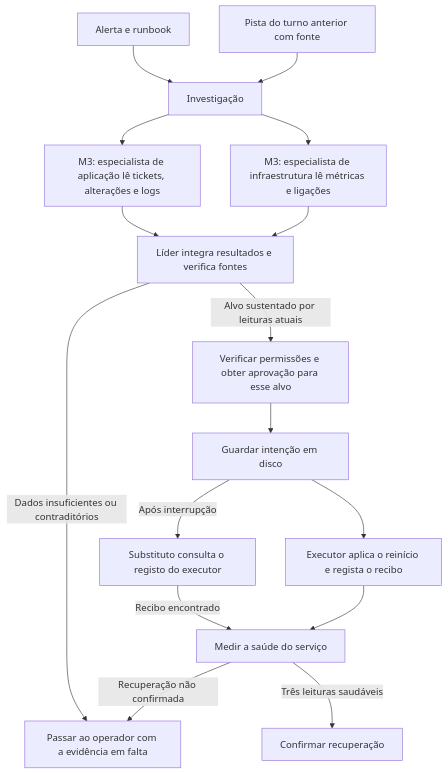
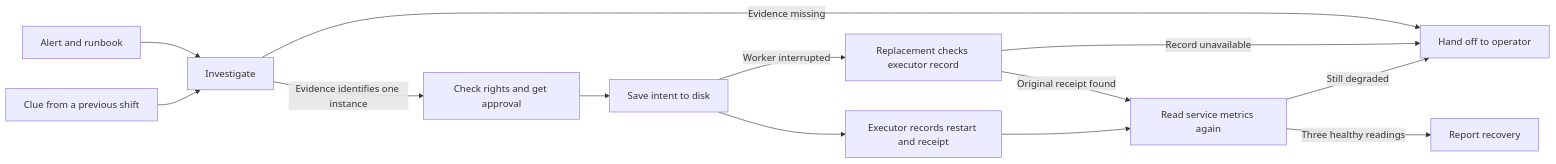
Before and after one commit to jpboliv/meridian-project: the diagram in README.md, drawn with Mermaid. The commit also changed other lines of this file and 5 other files, not shown here.

````diff
--- a/README.md
+++ b/README.md
@@ -35,18 +18,15 @@
 ```mermaid
-flowchart TD
-    A[Alerta e runbook] --> I[Investigação]
-    M[Pista do turno anterior com fonte] --> I
-    I --> S1[M3: especialista de aplicação lê tickets, alterações e logs]
-    I --> S2[M3: especialista de infraestrutura lê métricas e ligações]
-    S1 --> L[Líder integra resultados e verifica fontes]
-    S2 --> L
-    L -->|Dados insuficientes ou contraditórios| H[Passar ao operador com a evidência em falta]
-    L -->|Alvo sustentado por leituras atuais| P[Verificar permissões e obter aprovação para esse alvo]
-    P --> C[Guardar intenção em disco]
-    C --> E[Executor aplica o reinício e regista o recibo]
-    C -->|Após interrupção| R[Substituto consulta o registo do executor]
-    R -->|Recibo encontrado| V[Medir a saúde do serviço]
+flowchart LR
+    A[Alert and runbook] --> I[Investigate]
+    M[Clue from a previous shift] --> I
+    I -->|Evidence missing| H[Hand off to operator]
+    I -->|Evidence identifies one instance| G[Check rights and get approval]
+    G --> C[Save intent to disk]
+    C --> E[Executor records restart and receipt]
+    C -->|Worker interrupted| R[Replacement checks executor record]
+    R -->|Original receipt found| V[Read service metrics again]
+    R -->|Record unavailable| H
     E --> V
-    V -->|Três leituras saudáveis| F[Confirmar recuperação]
-    V -->|Recuperação não confirmada| H
+    V -->|Three healthy readings| F[Report recovery]
+    V -->|Still degraded| H
 ```
````
